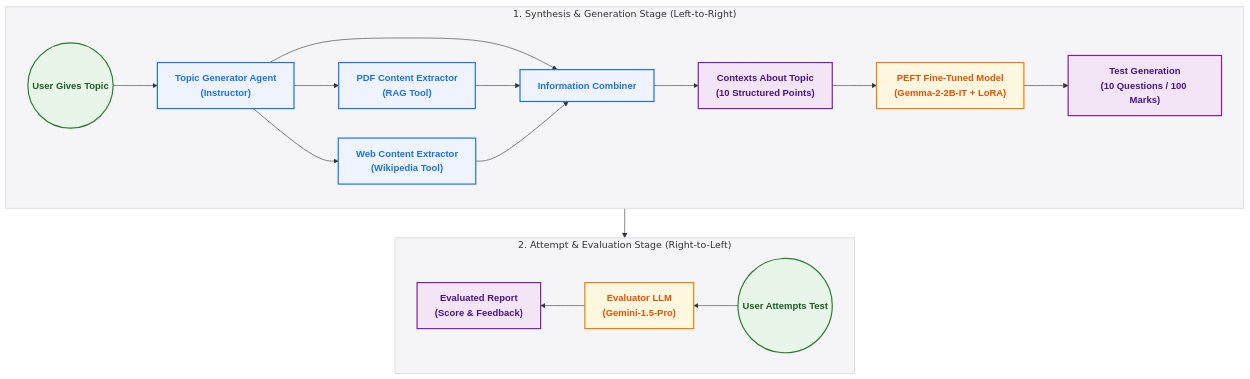
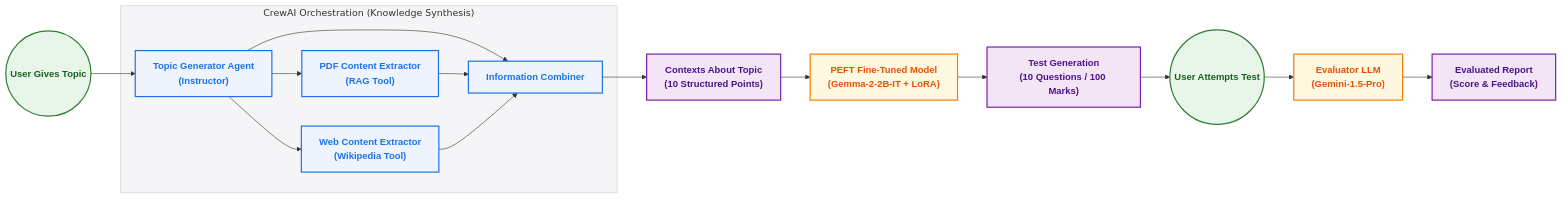
The diagram in README.md (sheisstarwithoutmoon/Test-Gen), drawn with Mermaid before and after one commit.

````diff
--- a/README.md
+++ b/README.md
@@ -13,32 +13,28 @@
 ```mermaid
-flowchart TB
+graph LR
     %% Styling
     classDef default fill:#fafafa,stroke:#555,stroke-width:1px,font-family:sans-serif;
     classDef agent fill:#eef3fd,stroke:#1a73e8,stroke-width:2px,color:#1a73e8,font-weight:bold;
     classDef model fill:#fff8e1,stroke:#f57c00,stroke-width:2px,color:#e65100,font-weight:bold;
     classDef user fill:#e8f5e9,stroke:#2e7d32,stroke-width:2px,color:#1b5e20,font-weight:bold;
     classDef doc fill:#f3e5f5,stroke:#7b1fa2,stroke-width:2px,color:#4a148c,font-weight:bold;
+
+    UserTopic((User Gives Topic)):::user --> TopicGen["Topic Generator Agent<br/>(Instructor)"]:::agent
     
-    subgraph GenStage ["1. Synthesis & Generation Stage (Left-to-Right)"]
-        direction LR
-        UserTopic((User Gives Topic)):::user --> TopicGen["Topic Generator Agent<br/>(Instructor)"]:::agent
+    subgraph CREW_AI ["CrewAI Orchestration (Knowledge Synthesis)"]
         TopicGen --> PdfSearch["PDF Content Extractor<br/>(RAG Tool)"]:::agent
         TopicGen --> WebSearch["Web Content Extractor<br/>(Wikipedia Tool)"]:::agent
         TopicGen --> InfoCombiner["Information Combiner"]:::agent
         PdfSearch --> InfoCombiner
         WebSearch --> InfoCombiner
-        InfoCombiner --> Contexts["Contexts About Topic<br/>(10 Structured Points)"]:::doc
-        Contexts --> PEFTModel["PEFT Fine-Tuned Model<br/>(Gemma-2-2B-IT + LoRA)"]:::model
-        PEFTModel --> TestGen["Test Generation<br/>(10 Questions / 100 Marks)"]:::doc
     end
 
-    subgraph EvalStage ["2. Attempt & Evaluation Stage (Right-to-Left)"]
-        direction RL
-        UserAttempt((User Attempts Test)):::user --> Evaluator["Evaluator LLM<br/>(Gemini-1.5-Pro)"]:::model --> Report["Evaluated Report<br/>(Score & Feedback)"]:::doc
-    end
+    InfoCombiner --> Contexts["Contexts About Topic<br/>(10 Structured Points)"]:::doc
+    Contexts --> PEFTModel["PEFT Fine-Tuned Model<br/>(Gemma-2-2B-IT + LoRA)"]:::model
+    PEFTModel --> TestGen["Test Generation<br/>(10 Questions / 100 Marks)"]:::doc
+    TestGen --> UserAttempt((User Attempts Test)):::user
+    UserAttempt --> Evaluator["Evaluator LLM<br/>(Gemini-1.5-Pro)"]:::model
+    Evaluator --> Report["Evaluated Report<br/>(Score & Feedback)"]:::doc
 
-    TestGen --> UserAttempt
-    
-    style GenStage fill:#f5f5f7,stroke:#dadce0,stroke-width:1.5px;
-    style EvalStage fill:#f5f5f7,stroke:#dadce0,stroke-width:1.5px;
+    style CREW_AI fill:#f5f5f7,stroke:#dadce0,stroke-width:1.5px;
 ```
````
